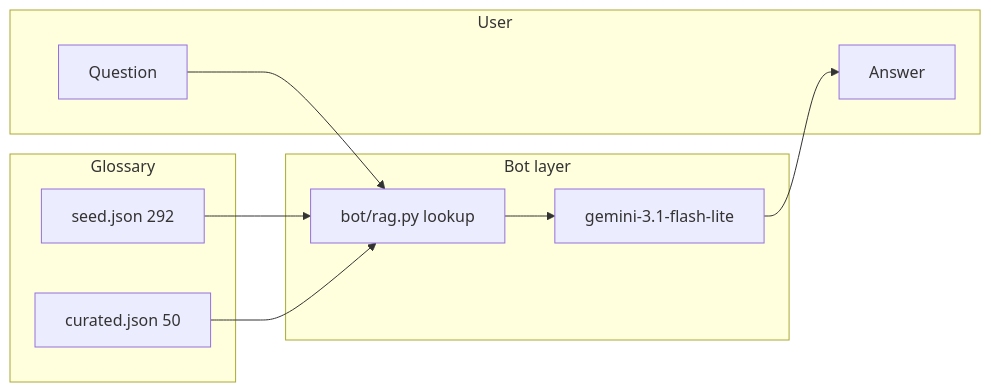
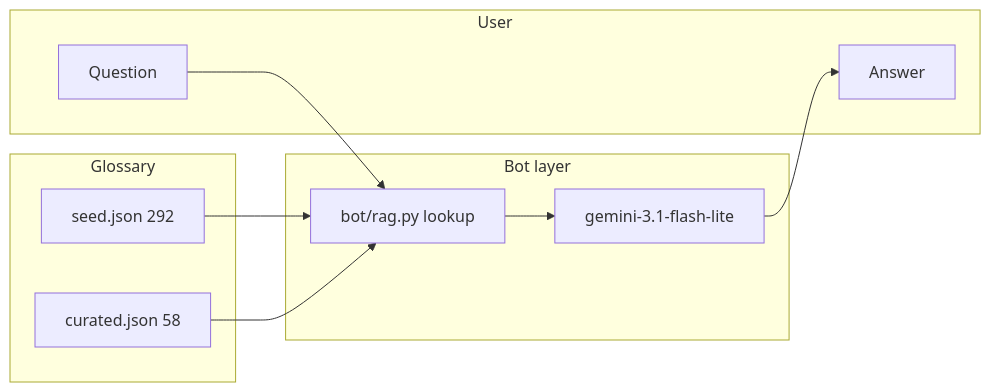
One commit to raetan2023/ns_lingo_nlp changed the diagram in docs/fine-tuning-plan.md. Above: the diagram before and after it, drawn with Mermaid. The commit also changed other lines of this file and 6 other files, not shown here.

````diff
--- a/docs/fine-tuning-plan.md
+++ b/docs/fine-tuning-plan.md
@@ -38,20 +38,20 @@
 ```mermaid
 flowchart LR
     subgraph glossary [Glossary]
         seed[seed.json 292]
-        curated[curated.json 50]
+        curated[curated.json 58]
     end
     subgraph bot_layer [Bot layer]
         rag[bot/rag.py lookup]
         gemini[gemini-3.1-flash-lite]
     end
     subgraph user [User]
         q[Question]
         a[Answer]
     end
     seed --> rag
     curated --> rag
     q --> rag
     rag --> gemini
     gemini --> a
 ```
````
